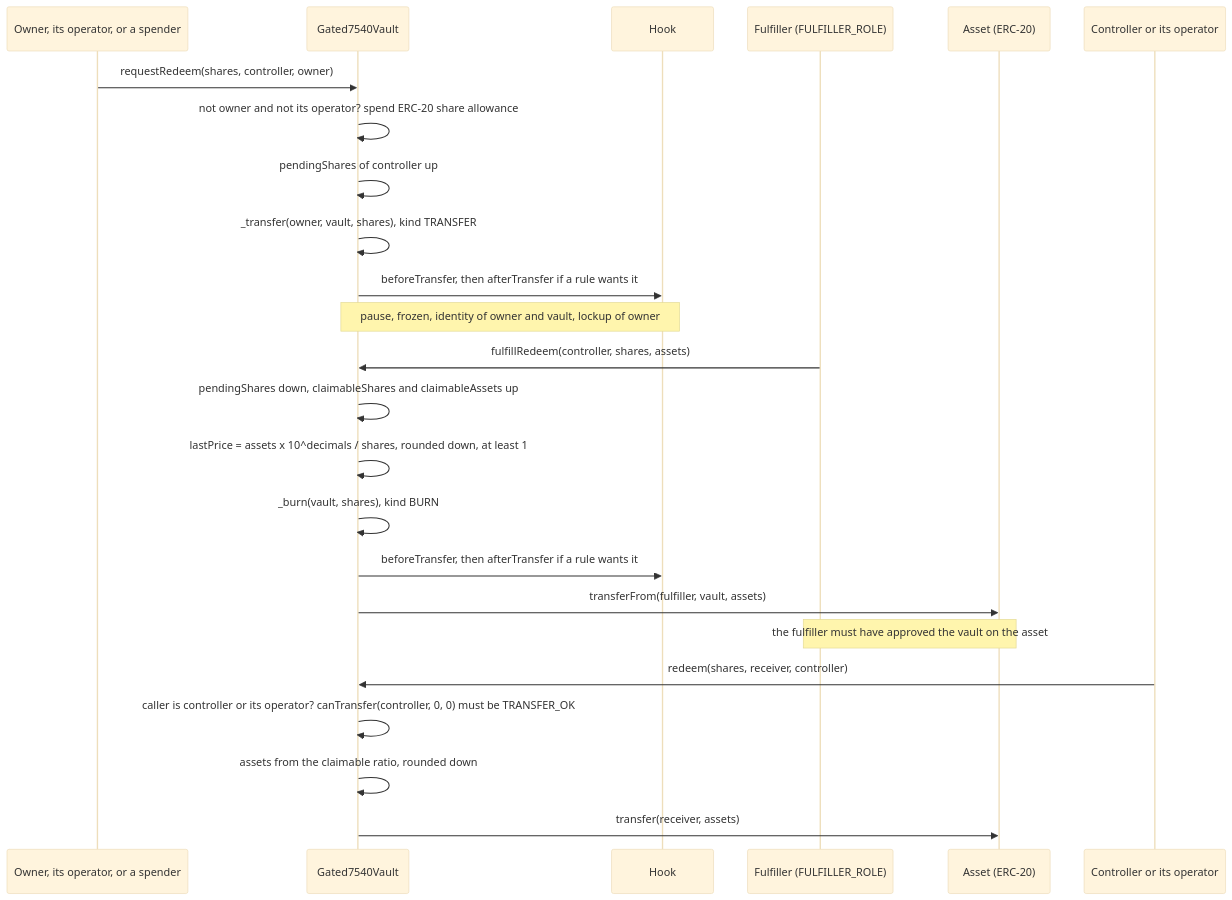
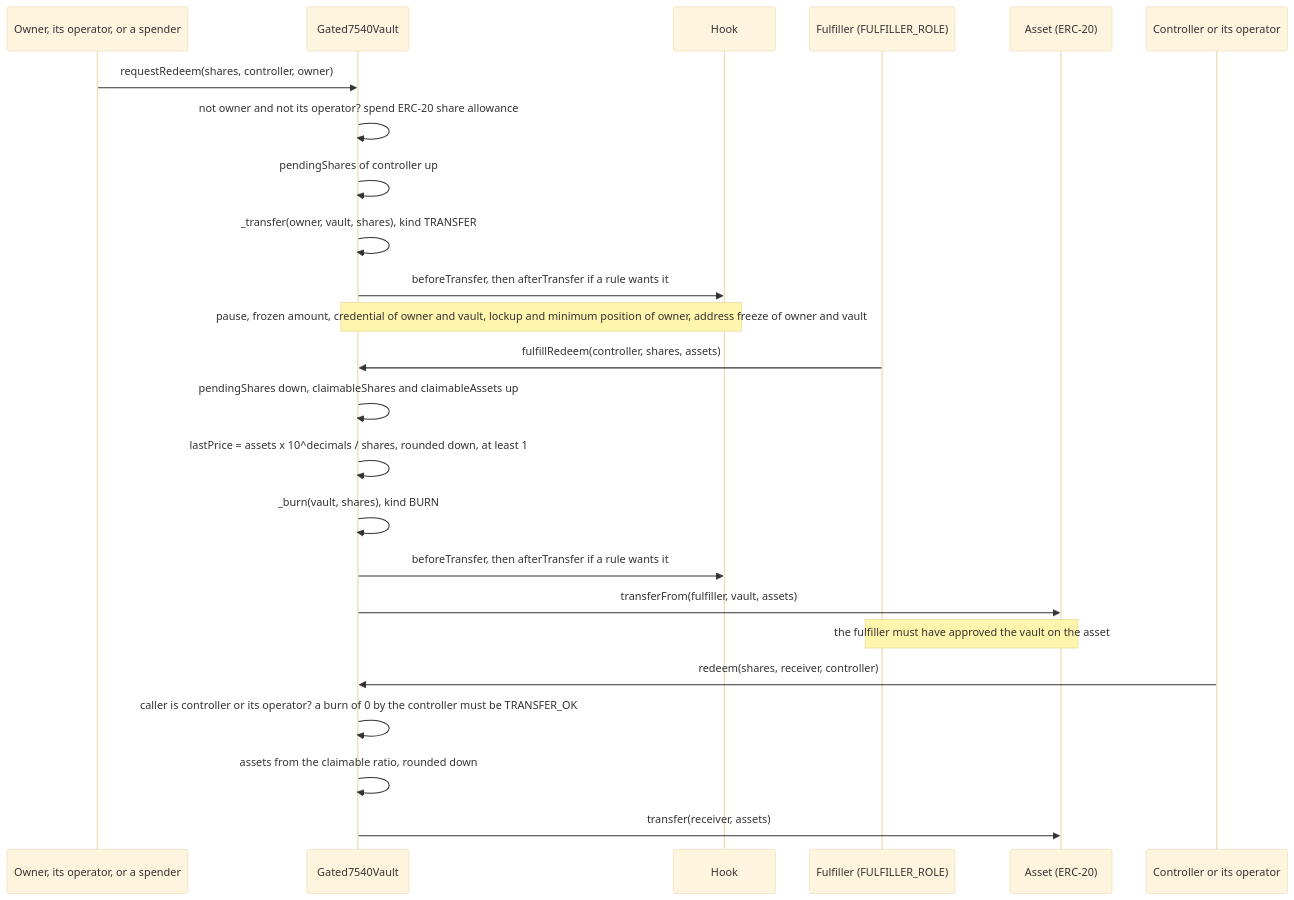
Before and after one commit to fepvenancio/rwa-token: the fourth of 6 diagrams in docs/flows-vaults.md, drawn with Mermaid (base theme). The commit also changed other lines of this file and 116 other files, not shown here.

````diff
--- a/docs/flows-vaults.md
+++ b/docs/flows-vaults.md
@@ -145,29 +153,29 @@
 ```mermaid
 sequenceDiagram
   participant O as Owner, its operator, or a spender
   participant V as Gated7540Vault
   participant H as Hook
   participant F as Fulfiller (FULFILLER_ROLE)
   participant A as Asset (ERC-20)
   participant K as Controller or its operator
 
   O->>V: requestRedeem(shares, controller, owner)
   V->>V: not owner and not its operator? spend ERC-20 share allowance
   V->>V: pendingShares of controller up
   V->>V: _transfer(owner, vault, shares), kind TRANSFER
   V->>H: beforeTransfer, then afterTransfer if a rule wants it
-  Note over V,H: pause, frozen, identity of owner and vault, lockup of owner
+  Note over V,H: pause, frozen amount, credential of owner and vault, lockup and minimum position of owner, address freeze of owner and vault
 
   F->>V: fulfillRedeem(controller, shares, assets)
   V->>V: pendingShares down, claimableShares and claimableAssets up
   V->>V: lastPrice = assets x 10^decimals / shares, rounded down, at least 1
   V->>V: _burn(vault, shares), kind BURN
   V->>H: beforeTransfer, then afterTransfer if a rule wants it
   V->>A: transferFrom(fulfiller, vault, assets)
   Note over F,A: the fulfiller must have approved the vault on the asset
 
   K->>V: redeem(shares, receiver, controller)
-  V->>V: caller is controller or its operator? canTransfer(controller, 0, 0) must be TRANSFER_OK
+  V->>V: caller is controller or its operator? a burn of 0 by the controller must be TRANSFER_OK
   V->>V: assets from the claimable ratio, rounded down
   V->>A: transfer(receiver, assets)
 ```
````
